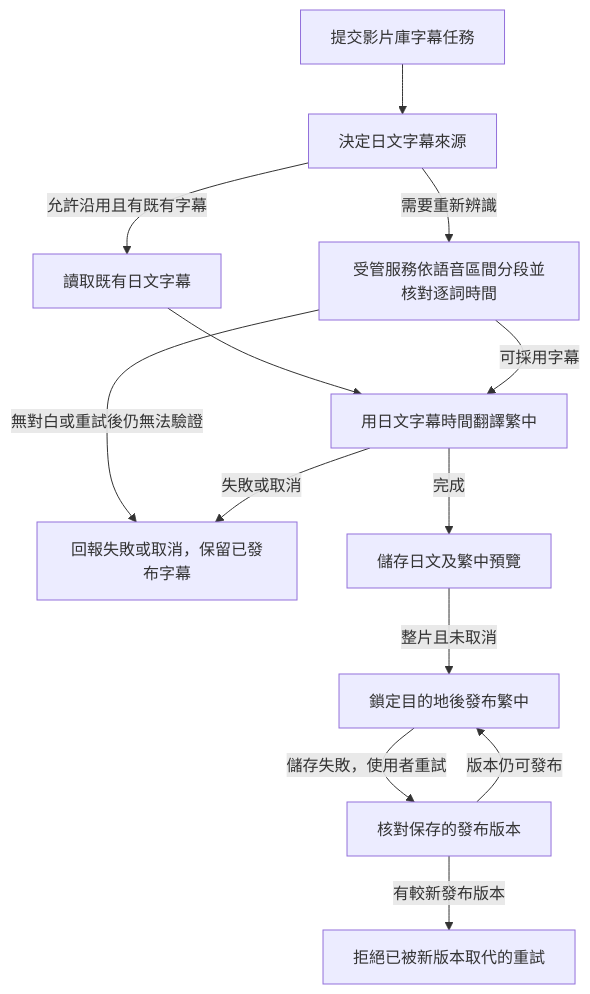
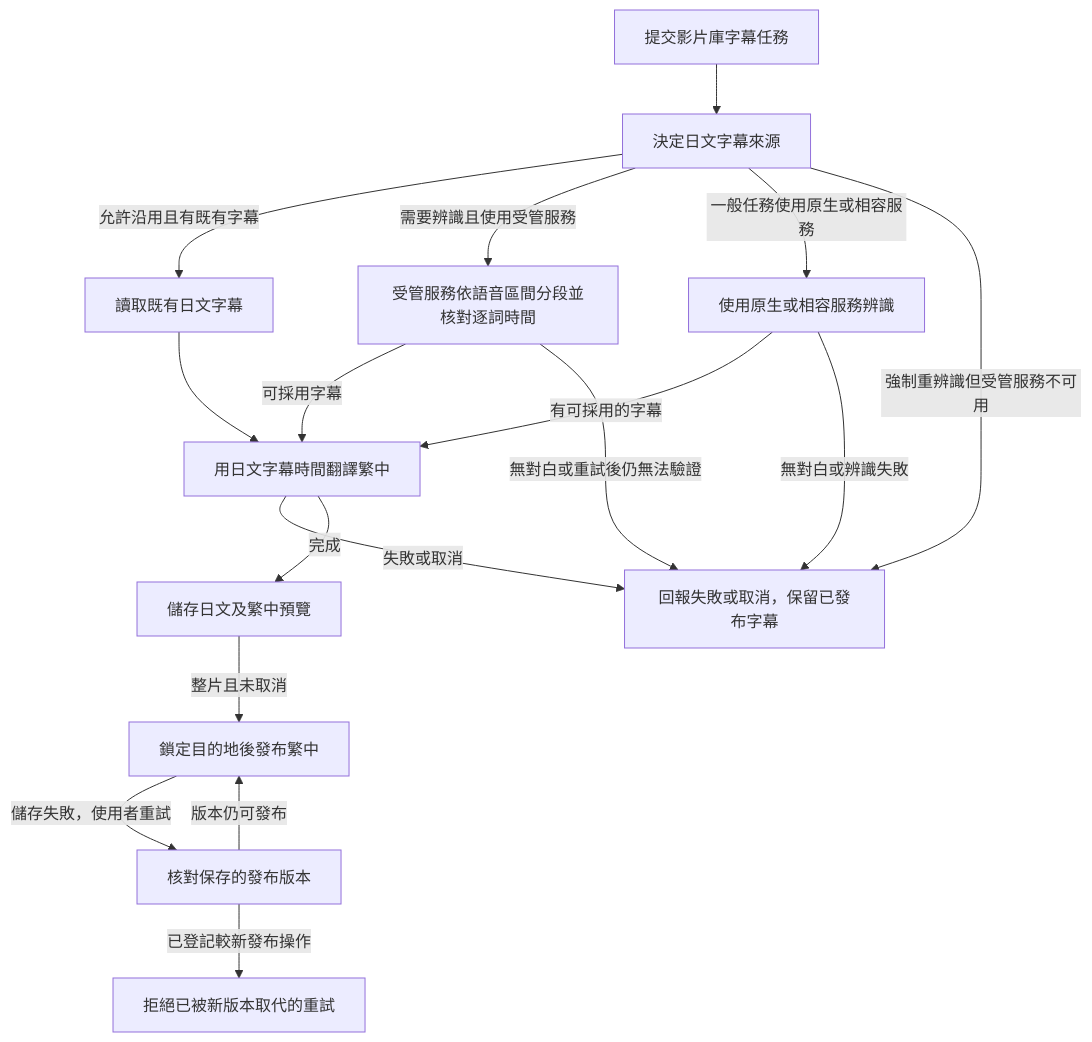
One commit to CloudWorkTools/UAV-Downloader changed the diagram in docs/flows/subtitle.library.mmd. Above: the diagram before and after it, drawn with Mermaid. The commit also changed 8 other files, not shown here.

```diff
--- a/docs/flows/subtitle.library.mmd
+++ b/docs/flows/subtitle.library.mmd
@@ -1,23 +1,28 @@
 flowchart TD
 SUBMIT["提交影片庫字幕任務"]
 SOURCE["決定日文字幕來源"]
 EXISTING["讀取既有日文字幕"]
 ASR["受管服務依語音區間分段並核對逐詞時間"]
+COMPAT["使用原生或相容服務辨識"]
 TRANSLATE["用日文字幕時間翻譯繁中"]
 FAILED["回報失敗或取消，保留已發布字幕"]
 PREVIEW["儲存日文及繁中預覽"]
 PUBLISH["鎖定目的地後發布繁中"]
 RETRY["核對保存的發布版本"]
 STALE["拒絕已被新版本取代的重試"]
 SUBMIT --> SOURCE
 SOURCE -->|允許沿用且有既有字幕| EXISTING
-SOURCE -->|需要重新辨識| ASR
+SOURCE -->|需要辨識且使用受管服務| ASR
+SOURCE -->|一般任務使用原生或相容服務| COMPAT
+SOURCE -->|強制重辨識但受管服務不可用| FAILED
 EXISTING --> TRANSLATE
 ASR -->|可採用字幕| TRANSLATE
+COMPAT -->|有可採用的字幕| TRANSLATE
+COMPAT -->|無對白或辨識失敗| FAILED
 ASR -->|無對白或重試後仍無法驗證| FAILED
 TRANSLATE -->|失敗或取消| FAILED
 TRANSLATE -->|完成| PREVIEW
 PREVIEW -->|整片且未取消| PUBLISH
 PUBLISH -->|儲存失敗，使用者重試| RETRY
-RETRY -->|有較新發布版本| STALE
+RETRY -->|已登記較新發布操作| STALE
 RETRY -->|版本仍可發布| PUBLISH
```
